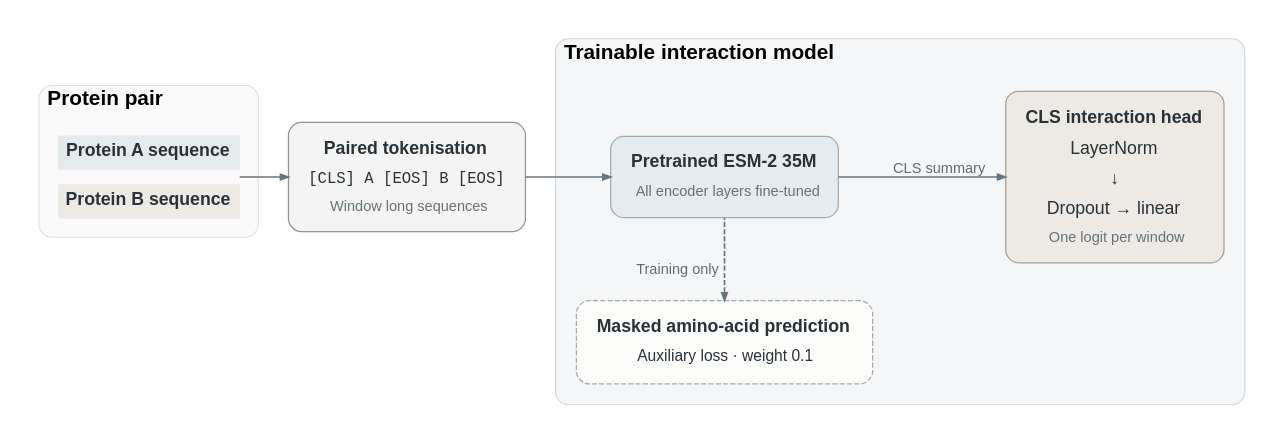
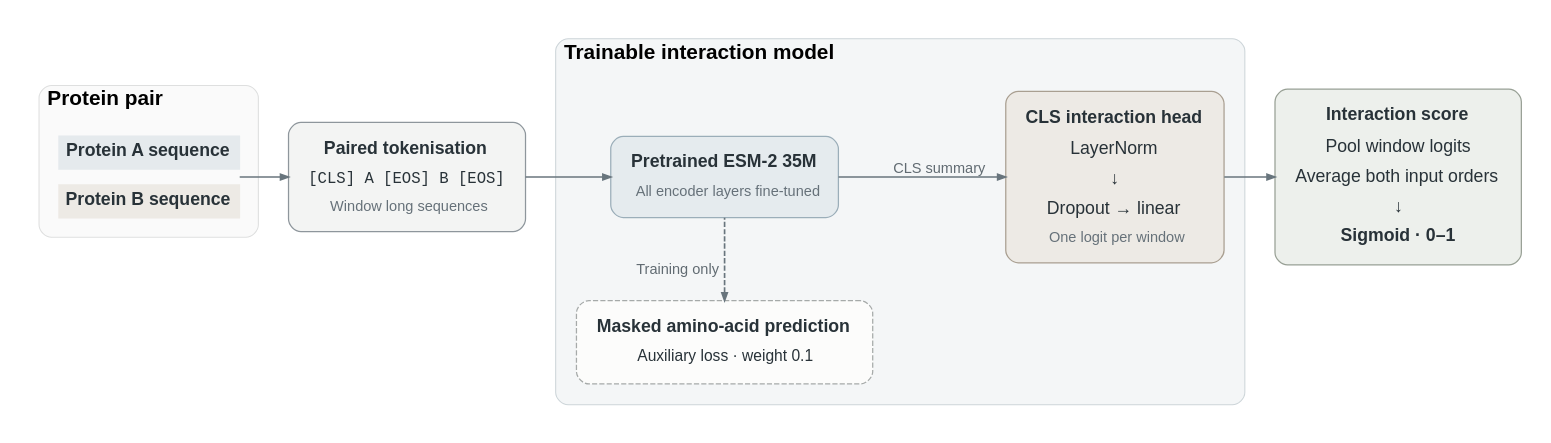
The diagram in docs/architecture.dot (appliedCL/interseek), drawn with Graphviz before and after one commit.

Commit message:
show window pooling and interaction scoring

```diff
--- a/docs/architecture.dot
+++ b/docs/architecture.dot
@@ -1,62 +1,75 @@
 // Render with Graphviz: dot -Tsvg docs/architecture.dot -o docs/assets/architecture.svg
 // The figure describes the released 35M model with the default CLS head.
 digraph InterSeek {
   graph [rankdir=LR, bgcolor="white", pad="0.3", nodesep="0.55", ranksep="0.55", splines=polyline, newrank=true, compound=true, fontname="Arial", fontsize=18];
   node [shape=box, style="rounded,filled", color="#8e969c", fillcolor="#ffffff", fontcolor="#283238", penwidth=1.2, fontname="Arial", fontsize=17, margin="0.20,0.17"];
   edge [color="#68757d", penwidth=1.6, arrowsize=0.75, fontname="Arial", fontsize=14, fontcolor="#616b72"];
 
   subgraph cluster_input {
     label=<<B>Protein pair</B>>;
     labeljust=l; labelloc=t; fontsize=20;
     style="rounded,filled"; color="#dedfdf"; fillcolor="#fafafa"; margin=18;
     pair [shape=plain, style="", label=<
       <TABLE BORDER="0" CELLBORDER="0" CELLSPACING="0" CELLPADDING="7">
         <TR><TD BGCOLOR="#e5eaed"><B>Protein A sequence</B></TD></TR>
         <TR><TD HEIGHT="14"></TD></TR>
         <TR><TD BGCOLOR="#edeae5"><B>Protein B sequence</B></TD></TR>
       </TABLE>
     >];
   }
 
   paired [label=<
     <TABLE BORDER="0" CELLBORDER="0" CELLSPACING="0" CELLPADDING="5">
       <TR><TD><B>Paired tokenisation</B></TD></TR>
       <TR><TD><FONT FACE="Courier New" POINT-SIZE="15">[CLS] A [EOS] B [EOS]</FONT></TD></TR>
       <TR><TD><FONT COLOR="#667179" POINT-SIZE="14">Window long sequences</FONT></TD></TR>
     </TABLE>
   >, fillcolor="#f3f4f3"];
 
   subgraph cluster_model {
     label=<<B>Trainable interaction model</B>>;
     labeljust=l; labelloc=t; fontsize=20;
     style="rounded,filled"; color="#cdd5d9"; fillcolor="#f4f6f7"; margin=20;
     encoder [fillcolor="#e5ebee", color="#9baeb9", label=<
       <TABLE BORDER="0" CELLBORDER="0" CELLSPACING="0" CELLPADDING="5">
         <TR><TD><B>Pretrained ESM-2 35M</B></TD></TR>
         <TR><TD><FONT POINT-SIZE="14" COLOR="#667179">All encoder layers fine-tuned</FONT></TD></TR>
       </TABLE>
     >];
     head [label=<
       <TABLE BORDER="0" CELLBORDER="0" CELLSPACING="0" CELLPADDING="5">
         <TR><TD><B>CLS interaction head</B></TD></TR>
         <TR><TD>LayerNorm</TD></TR>
         <TR><TD>↓</TD></TR>
         <TR><TD>Dropout → linear</TD></TR>
         <TR><TD><FONT POINT-SIZE="14" COLOR="#667179">One logit per window</FONT></TD></TR>
       </TABLE>
     >, fillcolor="#edeae5", color="#a99f91"];
     encoder -> head [label="CLS summary", weight=100];
     auxiliary [label=<
       <TABLE BORDER="0" CELLBORDER="0" CELLSPACING="0" CELLPADDING="5">
         <TR><TD><B>Masked amino-acid prediction</B></TD></TR>
         <TR><TD><FONT POINT-SIZE="15">Auxiliary loss · weight 0.1</FONT></TD></TR>
       </TABLE>
     >, style="rounded,dashed,filled", fillcolor="#fcfcfb", color="#a6aaa9"];
     {rank=same; encoder; auxiliary;}
     auxiliary -> encoder [dir=back, style=dashed, xlabel=<<TABLE BORDER="0" CELLBORDER="0" CELLPADDING="5"><TR><TD>Training only</TD></TR></TABLE>>];
   }
 
-  pair [group=main]; paired [group=main]; encoder [group=main]; head [group=main];
+  score [label=<
+    <TABLE BORDER="0" CELLBORDER="0" CELLSPACING="0" CELLPADDING="5">
+      <TR><TD><B>Interaction score</B></TD></TR>
+      <TR><TD>Pool window logits</TD></TR>
+      <TR><TD>Average both input orders</TD></TR>
+      <TR><TD>↓</TD></TR>
+      <TR><TD><B>Sigmoid · 0–1</B></TD></TR>
+    </TABLE>
+  >, fillcolor="#edf0ec", color="#98a095"];
+
+
+  pair [group=main]; paired [group=main]; encoder [group=main]; head [group=main]; score [group=main];
   pair -> paired [weight=100];
   paired -> encoder [weight=100];
+  head -> score [weight=100];
+
 }
```
